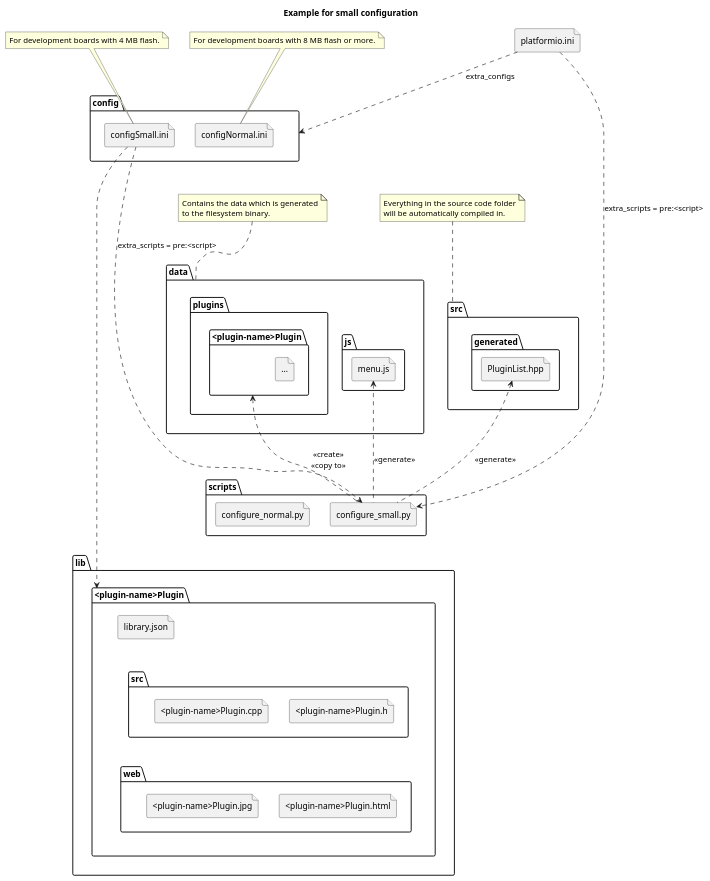
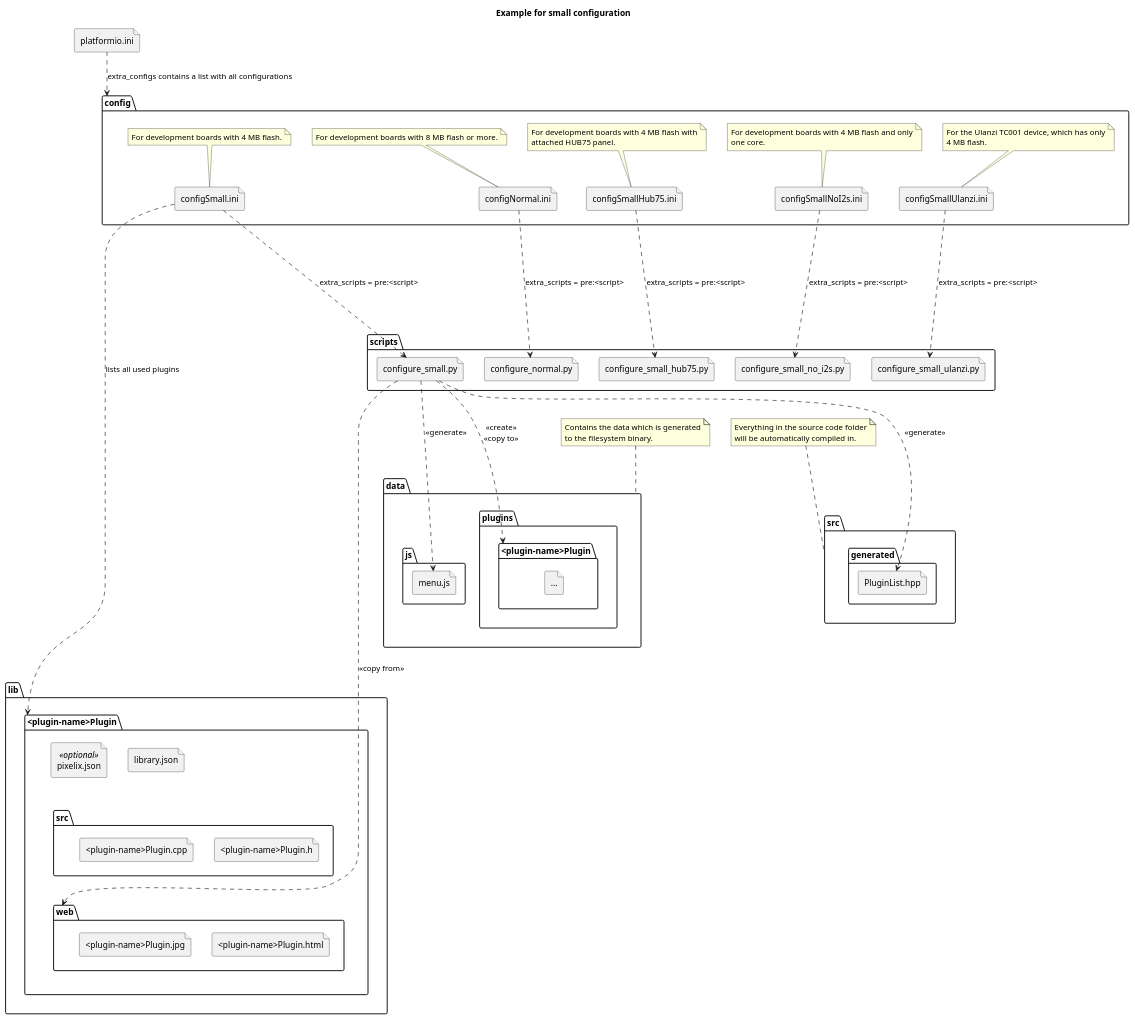
The diagram in doc/config/uml/plugin_configuration.wsd (BlueAndi/Pixelix), drawn with PlantUML before and after one commit.

Commit message:
Plugin configuration diagram updated regarding different configurations and the optional pixelix.json

```diff
--- a/doc/config/uml/plugin_configuration.wsd
+++ b/doc/config/uml/plugin_configuration.wsd
@@ -1,83 +1,109 @@
 @startuml
 
 title Example for small configuration
 
 file "platformio.ini" as filePlatformio
 
 package "scripts" {
     file "configure_small.py" as fileConfigureSmall
     file "configure_normal.py" as fileConfigureNormal
+    file "configure_small_hub75.py" as fileConfigureSmallHub75
+    file "configure_small_no_i2s.py" as fileConfigureSmallNoI2s
+    file "configure_small_ulanzi.py" as fileConfigureSmallUlanzi
 }
 
 package "data" as pckgData {
     package "plugins" as pckgPlugins {
         package "<plugin-name>Plugin" as pcgkPlugin {
             file "..."
         }
     }
 
     package "js" as pckgJs {
         file "menu.js" as fileMenu
     }
 }
 
 package "config" as pckgConfig {
     file "configSmall.ini" as fileConfigSmall
     file "configNormal.ini" as fileConfigNormal
+    file "configSmallHub75.ini" as fileConfigSmallHub75
+    file "configSmallNoI2s.ini" as fileConfigSmallNoI2s
+    file "configSmallUlanzi.ini" as fileConfigSmallUlanzi
+
+    note top of fileConfigSmall
+        For development boards with 4 MB flash.
+    end note
+
+    note top of fileConfigNormal
+        For development boards with 8 MB flash or more.
+    end note
+
+    note top of fileConfigSmallHub75
+        For development boards with 4 MB flash with
+        attached HUB75 panel.
+    end note
+
+    note top of fileConfigSmallNoI2s
+        For development boards with 4 MB flash and only
+        one core.
+    end note
+
+    note top of fileConfigSmallUlanzi
+        For the Ulanzi TC001 device, which has only
+        4 MB flash.
+    end note
 }
 
 package "lib" as pckgLib {
 
     package "<plugin-name>Plugin" as pckgLibPlugin {
         file "library.json" as filePluginLibrary
+        file "pixelix.json" <<optional>> as filePixelix
 
         package "src" as pckgLibPluginSrc {
             file "<plugin-name>Plugin.h" as filePluginHeader
             file "<plugin-name>Plugin.cpp" as filePluginSource
         }
 
         package "web" as pckgLibPluginWeb {
             file "<plugin-name>Plugin.html"
             file "<plugin-name>Plugin.jpg"
         }
     }
 
     filePluginLibrary -[hidden]- pckgLibPluginSrc
     pckgLibPluginSrc -[hidden]- pckgLibPluginWeb
 }
 
 package "src" as src {
     package "generated" as generatedSrc {
         file "PluginList.hpp" as pluginList
     }
 }
 
-fileConfigureSmall .u.> pluginList: <<generate>>
-fileConfigureSmall .u.> pcgkPlugin: <<create>>\n<<copy to>>
-fileConfigureSmall .u.> fileMenu: <<generate>>
+fileConfigureSmall ...> pluginList: <<generate>>
+fileConfigureSmall ...> pcgkPlugin: <<create>>\n<<copy to>>
+fileConfigureSmall ...> fileMenu: <<generate>>
+fileConfigureSmall ......> pckgLibPluginWeb: <<copy from>>
 
-filePlatformio ..> pckgConfig: extra_configs
-filePlatformio .....> fileConfigureSmall: extra_scripts = pre:<script>
+filePlatformio ..> pckgConfig: extra_configs contains a list with all configurations
 
-fileConfigSmall .....> pckgLibPlugin
-fileConfigSmall ...> fileConfigureSmall: extra_scripts = pre:<script>
+fileConfigSmall .....> pckgLibPlugin: lists all used plugins
+fileConfigSmall ....> fileConfigureSmall: extra_scripts = pre:<script>
+fileConfigNormal ....> fileConfigureNormal: extra_scripts = pre:<script>
+fileConfigSmallHub75 ....> fileConfigureSmallHub75: extra_scripts = pre:<script>
+fileConfigSmallNoI2s ....> fileConfigureSmallNoI2s: extra_scripts = pre:<script>
+fileConfigSmallUlanzi ....> fileConfigureSmallUlanzi: extra_scripts = pre:<script>
 
 note top of pckgData
     Contains the data which is generated
     to the filesystem binary.
 end note
 
 note top of src
     Everything in the source code folder
     will be automatically compiled in.
 end note
 
-note top of fileConfigSmall
-    For development boards with 4 MB flash.
-end note
-
-note top of fileConfigNormal
-    For development boards with 8 MB flash or more.
-end note
-
 @enduml
```
